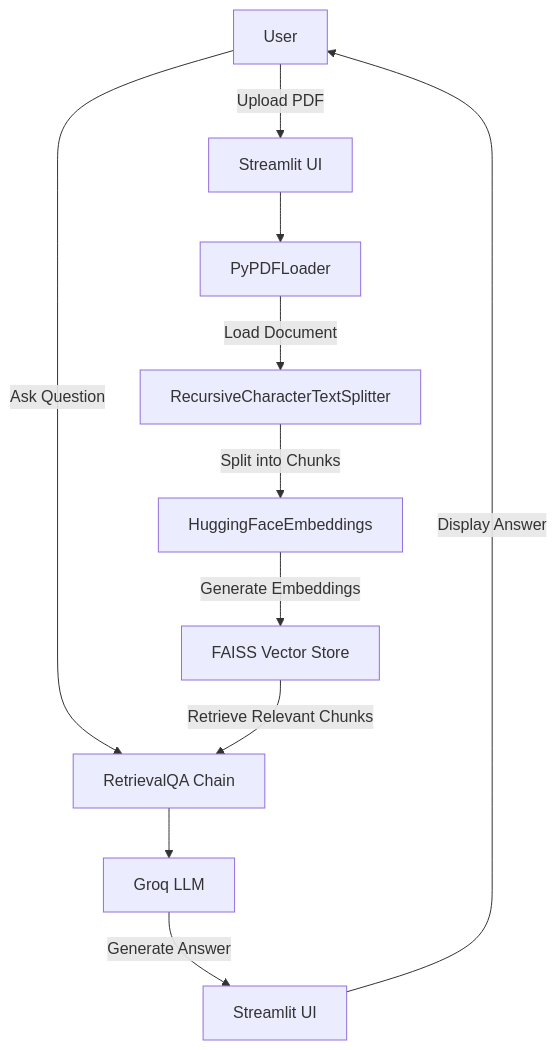
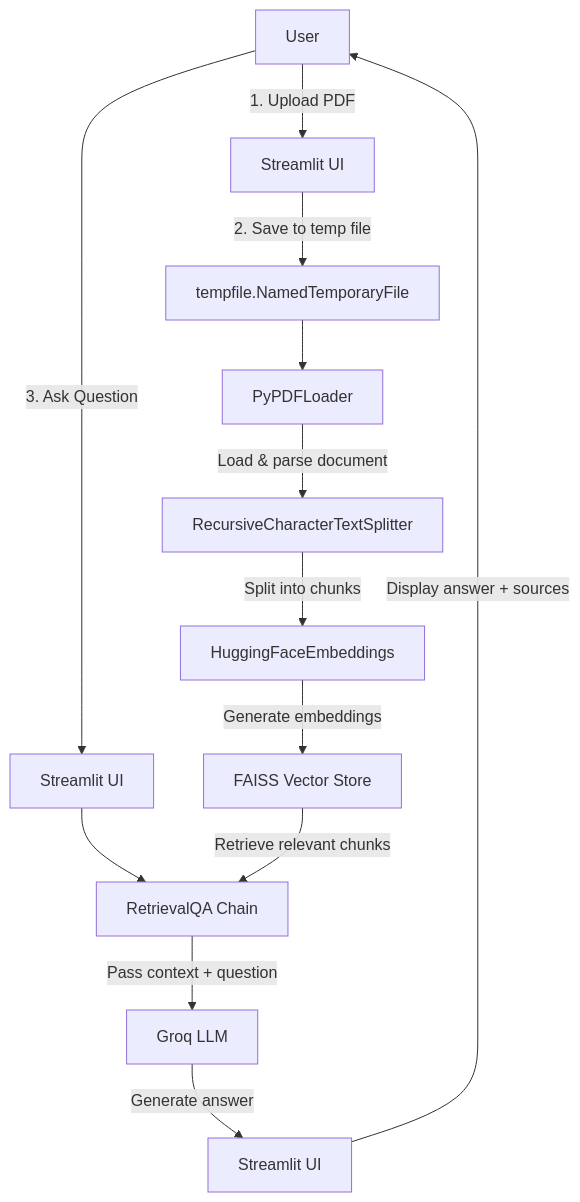
One commit to mayurk224/askdocs changed the diagram in README.md. Above: the diagram before and after it, drawn with Mermaid. The commit also changed other lines of this file and 7 other files, not shown here.

````diff
--- a/README.md
+++ b/README.md
@@ -19,13 +43,15 @@
 ```mermaid
 flowchart TD
-    A[User] -->|Upload PDF| B[Streamlit UI]
-    B --> C[PyPDFLoader]
-    C -->|Load Document| D[RecursiveCharacterTextSplitter]
-    D -->|Split into Chunks| E[HuggingFaceEmbeddings]
-    E -->|Generate Embeddings| F[FAISS Vector Store]
-    A -->|Ask Question| G[RetrievalQA Chain]
-    F -->|Retrieve Relevant Chunks| G
-    G --> H[Groq LLM]
-    H -->|Generate Answer| I[Streamlit UI]
-    I -->|Display Answer| A
+    A[User] -->|1. Upload PDF| B[Streamlit UI]
+    B -->|2. Save to temp file| C[tempfile.NamedTemporaryFile]
+    C --> D[PyPDFLoader]
+    D -->|Load & parse document| E[RecursiveCharacterTextSplitter]
+    E -->|Split into chunks| F[HuggingFaceEmbeddings]
+    F -->|Generate embeddings| G[FAISS Vector Store]
+    A -->|3. Ask Question| H[Streamlit UI]
+    H --> I[RetrievalQA Chain]
+    G -->|Retrieve relevant chunks| I
+    I -->|Pass context + question| J[Groq LLM]
+    J -->|Generate answer| K[Streamlit UI]
+    K -->|Display answer + sources| A
 ```
````
